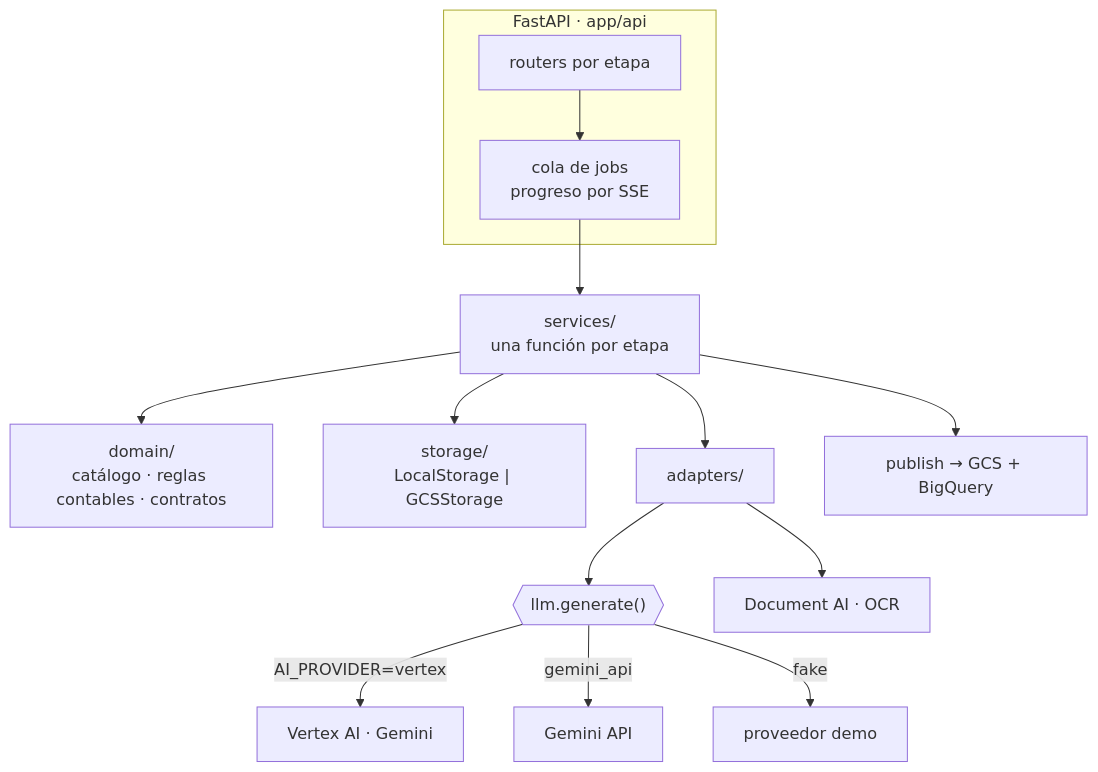
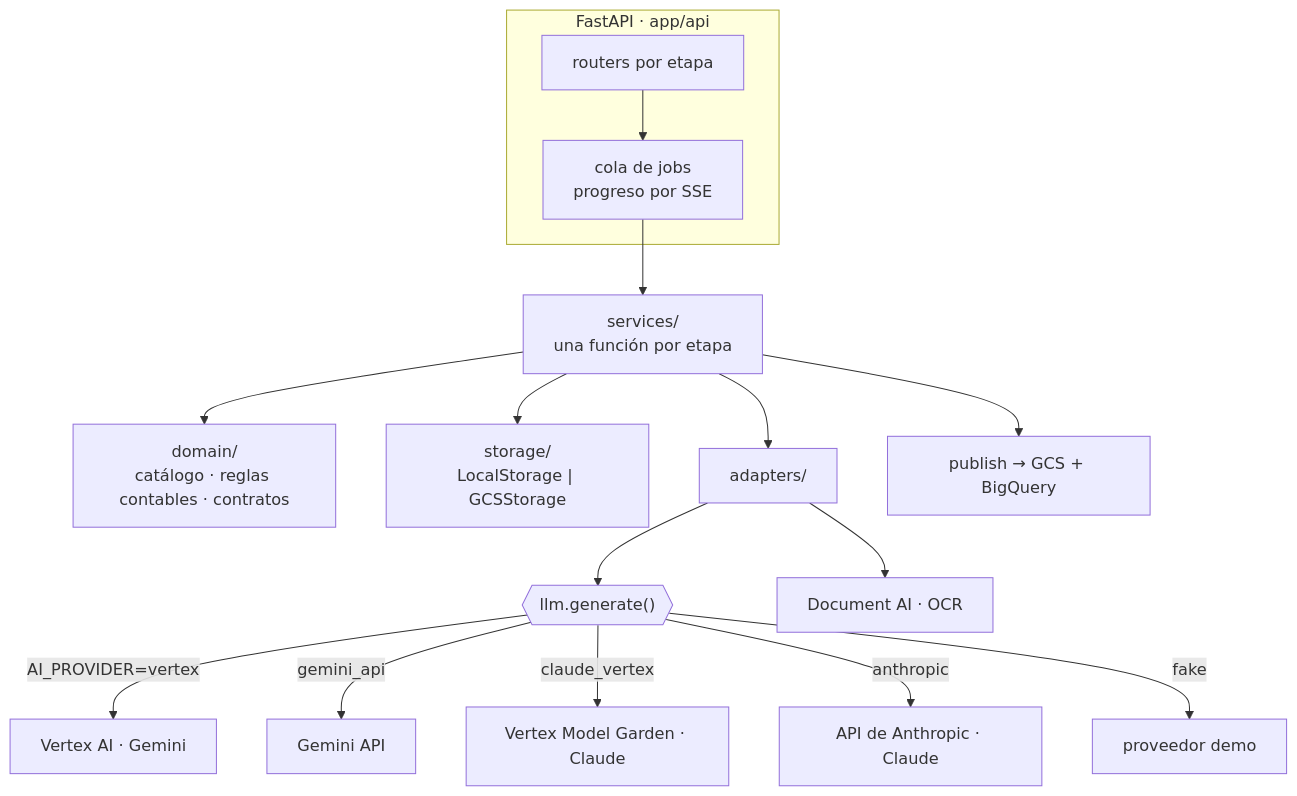
One commit to Art1217/DATA_EXTRACT changed the second of 2 diagrams in README.md. Above: the diagram before and after it, drawn with Mermaid. The commit also changed other lines of this file and 13 other files, not shown here.

First line of the commit message:
feat(llm): Claude provider on Vertex AI Model Garden and the Anthropic API

````diff
--- a/README.md
+++ b/README.md
@@ -93,16 +93,18 @@
 ```mermaid
 flowchart TB
     subgraph API["FastAPI · app/api"]
         R[routers por etapa] --> J[cola de jobs<br/>progreso por SSE]
     end
     J --> SV["services/<br/>una función por etapa"]
     SV --> D["domain/<br/>catálogo · reglas contables · contratos"]
     SV --> ST["storage/<br/>LocalStorage | GCSStorage"]
     SV --> AD["adapters/"]
     AD --> LLM{{"llm.generate()"}}
     LLM -->|AI_PROVIDER=vertex| V[Vertex AI · Gemini]
     LLM -->|gemini_api| G[Gemini API]
+    LLM -->|claude_vertex| CV[Vertex Model Garden · Claude]
+    LLM -->|anthropic| A[API de Anthropic · Claude]
     LLM -->|fake| F[proveedor demo]
     AD --> DAI[Document AI · OCR]
     SV --> PUB["publish → GCS + BigQuery"]
 ```
````
